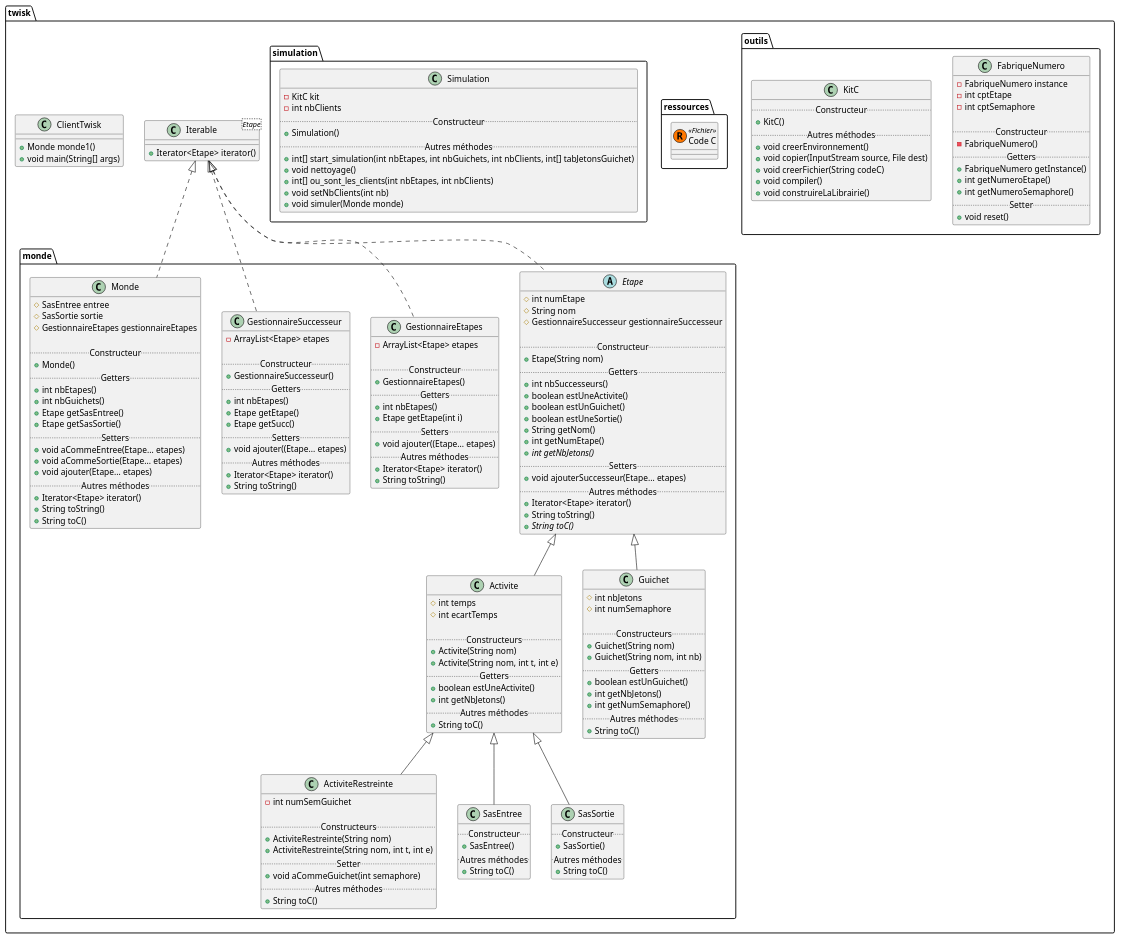
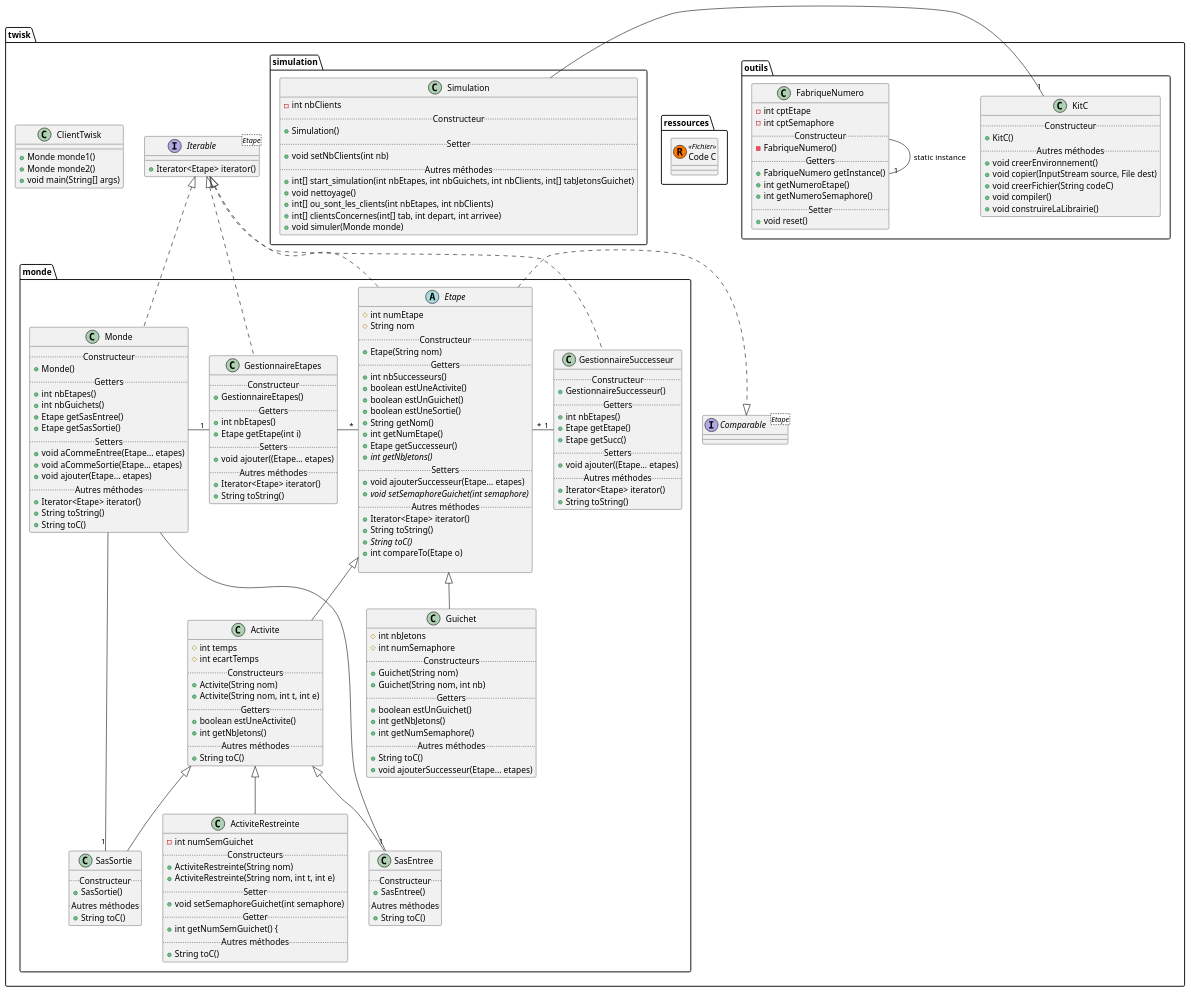
The diagram in src/twisk/diagram.puml (victord54/twisk), drawn with PlantUML before and after one commit. The commit also changed 1 other file, not shown here.

Commit message:
Modification diagramme uml

```diff
--- a/src/twisk/diagram.puml
+++ b/src/twisk/diagram.puml
@@ -1,11 +1,22 @@
 @startuml
 package twisk {
+    class ClientTwisk {
+        + Monde monde1()
+        + Monde monde2()
+        + void main(String[] args)
+    }
+
+    interface Iterable<Etape> {
+        + Iterator<Etape> iterator()
+    }
+
+    interface Comparable<Etape>{
+    }
+
     package monde {
         abstract class Etape {
             # int numEtape
             # String nom
-            # GestionnaireSuccesseur gestionnaireSuccesseur
-
             .. Constructeur ..
             + Etape(String nom)
             .. Getters ..
@@ -15,19 +26,22 @@
             + boolean estUneSortie()
             + String getNom()
             + int getNumEtape()
+            + Etape getSuccesseur()
             + {abstract} int getNbJetons()
             .. Setters ..
             + void ajouterSuccesseur(Etape... etapes)
+            + {abstract} void setSemaphoreGuichet(int semaphore)
             .. Autres méthodes ..
             + Iterator<Etape> iterator()
             + String toString()
             + {abstract} String toC()
+            + int compareTo(Etape o)
+
         }
 
         class Activite {
             # int temps
             # int ecartTemps
-
             .. Constructeurs ..
             + Activite(String nom)
             + Activite(String nom, int t, int e)
@@ -40,19 +54,18 @@
 
         class ActiviteRestreinte {
             - int numSemGuichet
-
             .. Constructeurs ..
             + ActiviteRestreinte(String nom)
             + ActiviteRestreinte(String nom, int t, int e)
             .. Setter ..
-            + void aCommeGuichet(int semaphore)
+            + void setSemaphoreGuichet(int semaphore)
+            .. Getter ..
+            + int getNumSemGuichet() {
             .. Autres méthodes ..
             + String toC()
         }
 
         class GestionnaireEtapes {
-            - ArrayList<Etape> etapes
-
             .. Constructeur ..
             + GestionnaireEtapes()
             .. Getters ..
@@ -66,8 +79,6 @@
         }
 
         class GestionnaireSuccesseur {
-            - ArrayList<Etape> etapes
-
             .. Constructeur ..
             + GestionnaireSuccesseur()
             .. Getters ..
@@ -84,7 +95,6 @@
         class Guichet {
             # int nbJetons
             # int numSemaphore
-
             .. Constructeurs ..
             + Guichet(String nom)
             + Guichet(String nom, int nb)
@@ -94,13 +104,10 @@
             + int getNumSemaphore()
             .. Autres méthodes ..
             + String toC()
+            + void ajouterSuccesseur(Etape... etapes)
         }
 
         class Monde {
-            # SasEntree entree
-            # SasSortie sortie
-            # GestionnaireEtapes gestionnaireEtapes
-
             .. Constructeur ..
             + Monde()
             .. Getters ..
@@ -135,10 +142,8 @@
 
     package outils {
         class FabriqueNumero {
-            - FabriqueNumero instance
             - int cptEtape
             - int cptSemaphore
-
             .. Constructeur ..
             - FabriqueNumero()
             .. Getters ..
@@ -167,29 +172,23 @@
 
     package simulation {
         class Simulation {
-            - KitC kit
             - int nbClients
             .. Constructeur ..
             + Simulation()
+            .. Setter ..
+            + void setNbClients(int nb)
             .. Autres méthodes ..
             + int[] start_simulation(int nbEtapes, int nbGuichets, int nbClients, int[] tabJetonsGuichet)
             + void nettoyage()
             + int[] ou_sont_les_clients(int nbEtapes, int nbClients)
-            + void setNbClients(int nb)
+            + int[] clientsConcernes(int[] tab, int depart, int arrivee)
             + void simuler(Monde monde)
         }
     }
-
-    class ClientTwisk {
-        + Monde monde1()
-        + void main(String[] args)
-    }
-
-    class Iterable<Etape> {
-        + Iterator<Etape> iterator()
-    }
 }
 
+FabriqueNumero --"1" FabriqueNumero : static instance
+Simulation -right--"1" KitC
 Etape .up.|> Iterable
 Activite -up-|> Etape
 ActiviteRestreinte -up-|> Activite
@@ -199,4 +198,10 @@
 Monde .up.|> Iterable
 SasEntree -up-|> Activite
 SasSortie -up-|> Activite
+SasSortie "1"-up-- Monde
+SasEntree "1"-up-- Monde
+Monde -right--"1"GestionnaireEtapes
+GestionnaireEtapes -left--"*" Etape
+GestionnaireSuccesseur "1"-right--"*" Etape
+Etape .right.|> Comparable
 @enduml
```
